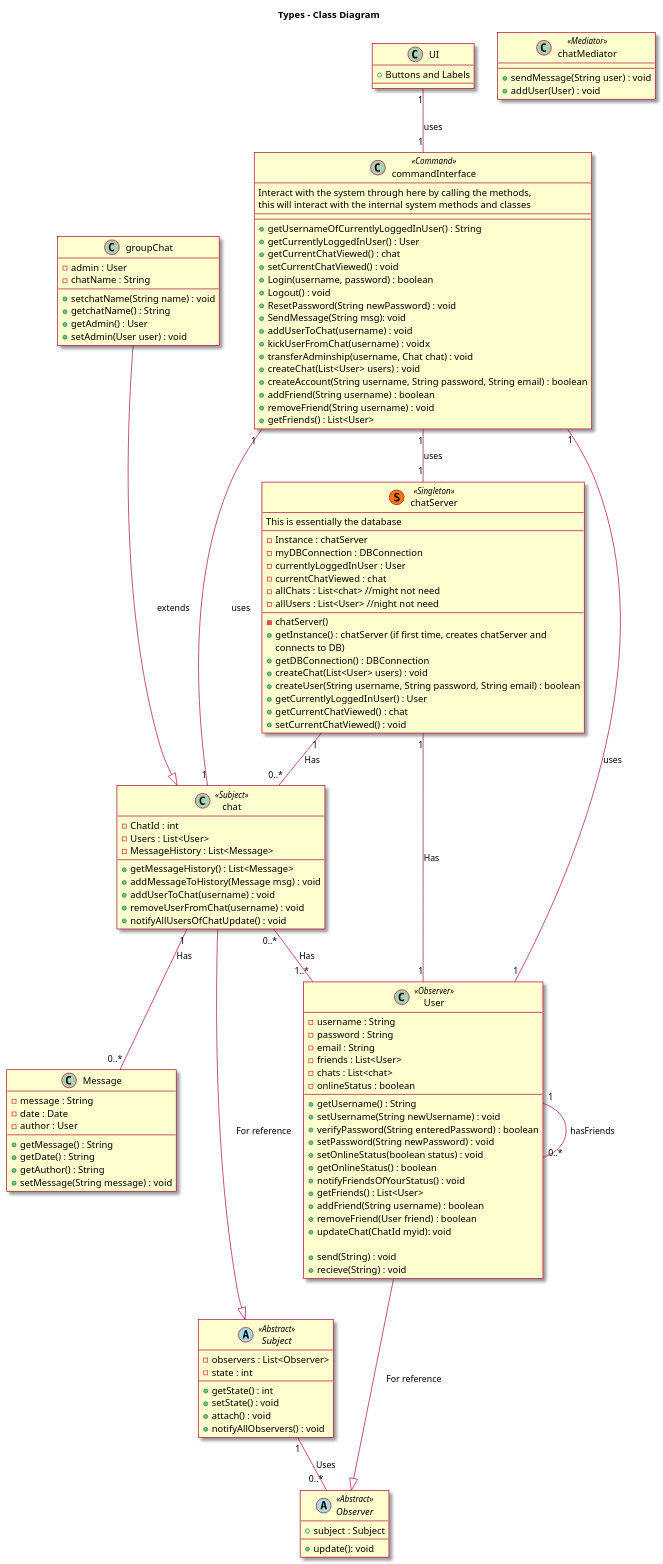
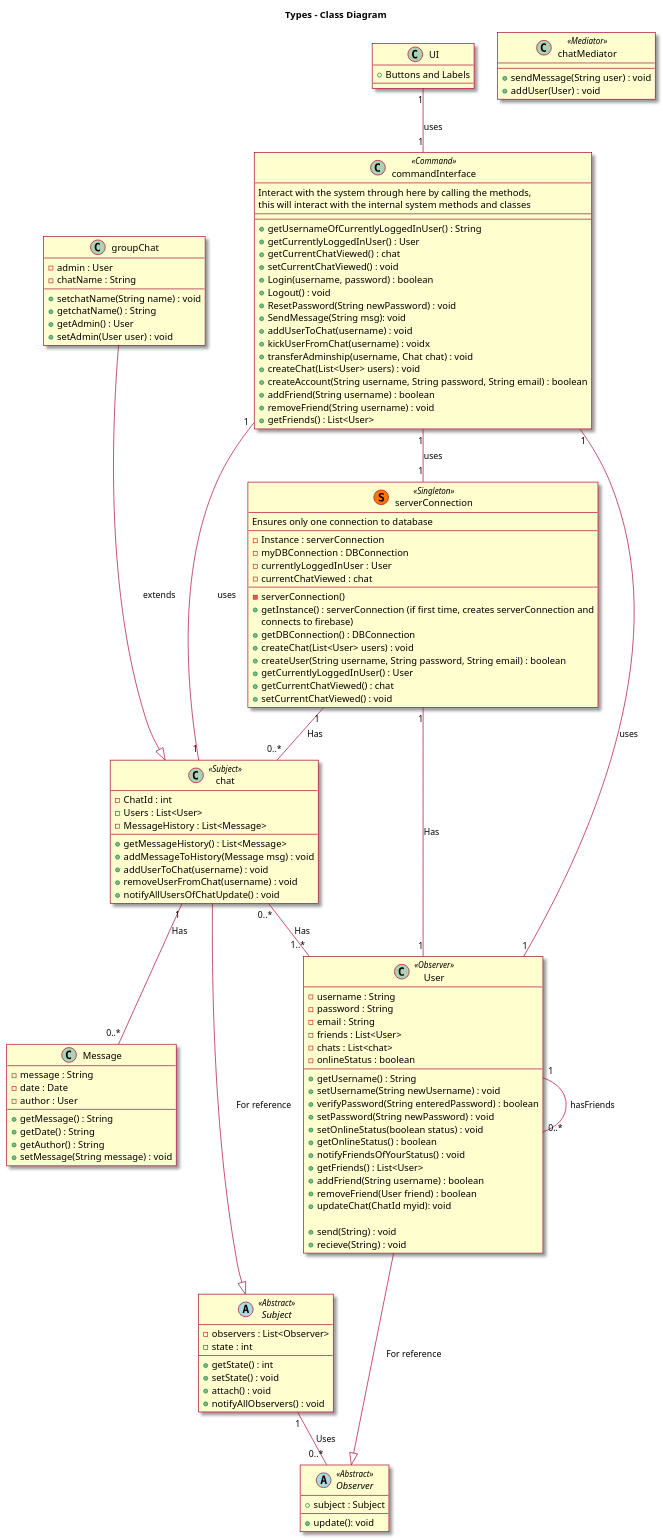
The diagram in diagrams/class_diagram.wsd (UBCO-COSC-310-Winter-2022-T2/the-project-marbl), drawn with PlantUML before and after one commit.

Commit message:
made some changes to the chatServer (turned it into serverConnection)

```diff
--- a/diagrams/class_diagram.wsd
+++ b/diagrams/class_diagram.wsd
@@ -1,156 +1,154 @@
 @startuml
 
 skin rose
 
 title Types - Class Diagram
 
 
 skinparam componentStyle uml2
 
 
 class Message{
     - message : String
     - date : Date
     - author : User
     +getMessage() : String
     +getDate() : String
     +getAuthor() : String
     +setMessage(String message) : void
 }
 
 class User <<Observer>> {
     -username : String
     -password : String
     -email : String
     -friends : List<User>
     -chats : List<chat>
     -onlineStatus : boolean
 
     +getUsername() : String
     +setUsername(String newUsername) : void
     +verifyPassword(String enteredPassword) : boolean
     +setPassword(String newPassword) : void
     +setOnlineStatus(boolean status) : void
     +getOnlineStatus() : boolean
     +notifyFriendsOfYourStatus() : void
     +getFriends() : List<User>
     +addFriend(String username) : boolean
     +removeFriend(User friend) : boolean
     +updateChat(ChatId myid): void
 
     +send(String) : void
     +recieve(String) : void
 }
 
 User "1"--"0..*" User : hasFriends
 
 Class chatMediator <<Mediator>> {
     +sendMessage(String user) : void
     +addUser(User) : void
 }
 
 
 
 Abstract Observer <<Abstract>> {
     +subject : Subject
     +update(): void
 }
 
 Abstract Subject <<Abstract>> {
     -observers : List<Observer>
     -state : int
     +getState() : int
     +setState() : void
     +attach() : void
     +notifyAllObservers() : void
 }
 
 Subject "1"--"0..*" Observer : Uses
 
 
 Class groupChat {
     -admin : User
     -chatName : String
     +setchatName(String name) : void
     +getchatName() : String
     +getAdmin() : User
     +setAdmin(User user) : void
 }
 
 Class chat <<Subject>> {
     -ChatId : int
     -Users : List<User>
     -MessageHistory : List<Message>
     +getMessageHistory() : List<Message>
     +addMessageToHistory(Message msg) : void
     +addUserToChat(username) : void
     +removeUserFromChat(username) : void
     +notifyAllUsersOfChatUpdate() : void
 }
 
 chat "0..*" -- "1..*" User : Has
 
 chat "1" -- "0..*" Message : Has
 
 groupChat---|> chat : extends
 
 chat ---|> Subject : For reference
 User ---|> Observer : For reference
 
-class chatServer << (S,#FF7700) Singleton >>{
-    This is essentially the database
+class serverConnection << (S,#FF7700) Singleton >>{
+    Ensures only one connection to database
     --
-    -Instance : chatServer
+    -Instance : serverConnection
     -myDBConnection : DBConnection
     -currentlyLoggedInUser : User
     -currentChatViewed : chat
-    -allChats : List<chat> //might not need
-    -allUsers : List<User> //night not need
     --
-    -chatServer()
-    +getInstance() : chatServer (if first time, creates chatServer and
-    connects to DB)
+    -serverConnection()
+    +getInstance() : serverConnection (if first time, creates serverConnection and
+    connects to firebase)
     +getDBConnection() : DBConnection
     +createChat(List<User> users) : void
     +createUser(String username, String password, String email) : boolean
     +getCurrentlyLoggedInUser() : User
     +getCurrentChatViewed() : chat
     +setCurrentChatViewed() : void
 }
-chatServer "1" -- "0..*" chat : Has
-chatServer "1" -- "1" User : Has
+serverConnection "1" -- "0..*" chat : Has
+serverConnection "1" -- "1" User : Has
 
 class commandInterface <<Command>> {
     Interact with the system through here by calling the methods,
     this will interact with the internal system methods and classes
     --
     --
     +getUsernameOfCurrentlyLoggedInUser() : String
     +getCurrentlyLoggedInUser() : User
     +getCurrentChatViewed() : chat
     +setCurrentChatViewed() : void
     +Login(username, password) : boolean
     +Logout() : void
     +ResetPassword(String newPassword) : void
     +SendMessage(String msg): void
     +addUserToChat(username) : void
     +kickUserFromChat(username) : voidx
     +transferAdminship(username, Chat chat) : void
     +createChat(List<User> users) : void
     +createAccount(String username, String password, String email) : boolean
     +addFriend(String username) : boolean
     +removeFriend(String username) : void
     +getFriends() : List<User>
 }
 
 commandInterface "1" -- "1" User : uses
-commandInterface "1" -- "1" chatServer : uses
+commandInterface "1" -- "1" serverConnection : uses
 commandInterface "1" -- "1" chat: uses
 
 class UI {
     +Buttons and Labels
 }
 
 UI "1" -- "1" commandInterface : uses
 
 @enduml
```
